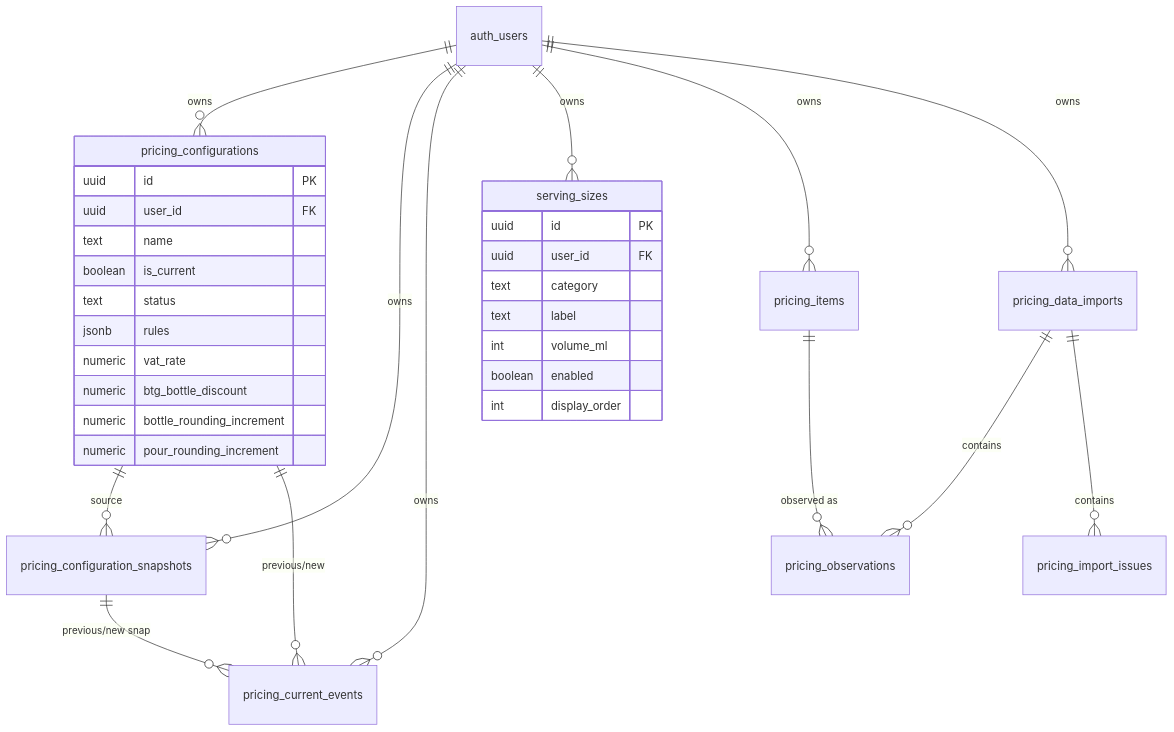
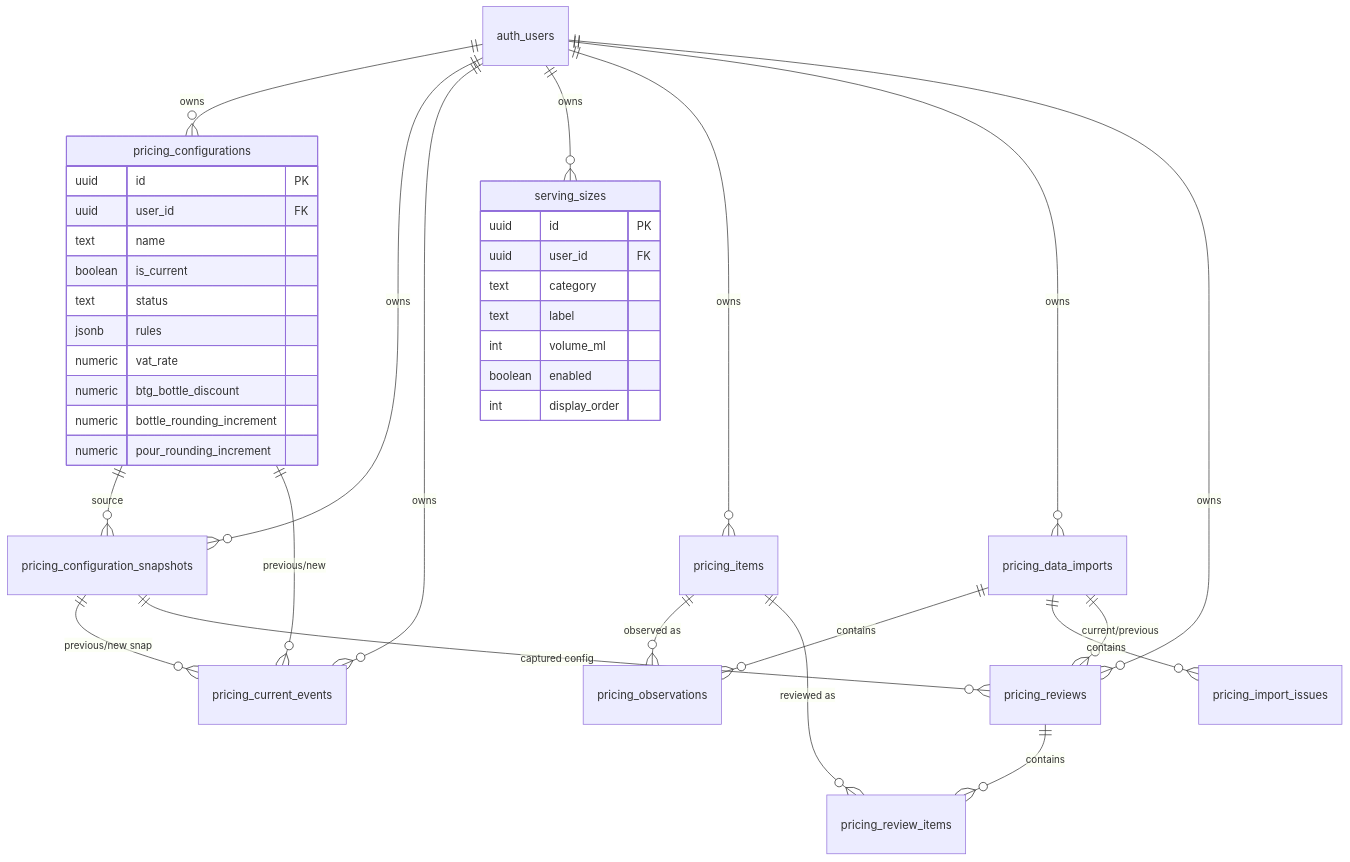
One commit to DanWarham/wine-gp-calculator changed the diagram in docs/DATA_MODEL.md. Above: the diagram before and after it, drawn with Mermaid. The commit also changed other lines of this file and 16 other files, not shown here.

Commit message:
Implement cost change pricing review

````diff
--- a/docs/DATA_MODEL.md
+++ b/docs/DATA_MODEL.md
@@ -36,37 +37,42 @@
 ```mermaid
 erDiagram
   auth_users ||--o{ pricing_configurations : "owns"
   auth_users ||--o{ pricing_configuration_snapshots : "owns"
   auth_users ||--o{ pricing_current_events : "owns"
   auth_users ||--o{ serving_sizes : "owns"
   auth_users ||--o{ pricing_items : "owns"
   auth_users ||--o{ pricing_data_imports : "owns"
   pricing_data_imports ||--o{ pricing_observations : "contains"
   pricing_data_imports ||--o{ pricing_import_issues : "contains"
   pricing_items ||--o{ pricing_observations : "observed as"
   pricing_configurations ||--o{ pricing_configuration_snapshots : "source"
   pricing_configurations ||--o{ pricing_current_events : "previous/new"
   pricing_configuration_snapshots ||--o{ pricing_current_events : "previous/new snap"
+  auth_users ||--o{ pricing_reviews : "owns"
+  pricing_reviews ||--o{ pricing_review_items : "contains"
+  pricing_data_imports ||--o{ pricing_reviews : "current/previous"
+  pricing_configuration_snapshots ||--o{ pricing_reviews : "captured config"
+  pricing_items ||--o{ pricing_review_items : "reviewed as"
 
   pricing_configurations {
     uuid id PK
     uuid user_id FK
     text name
     boolean is_current
     text status
     jsonb rules
     numeric vat_rate
     numeric btg_bottle_discount
     numeric bottle_rounding_increment
     numeric pour_rounding_increment
   }
   serving_sizes {
     uuid id PK
     uuid user_id FK
     text category
     text label
     int volume_ml
     boolean enabled
     int display_order
   }
 ```
````
